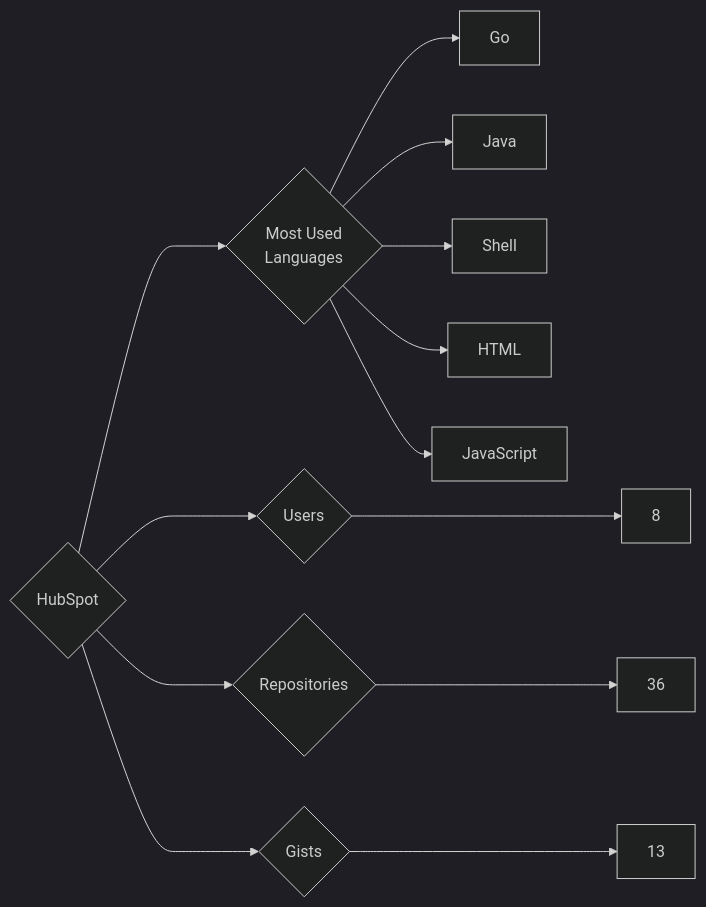
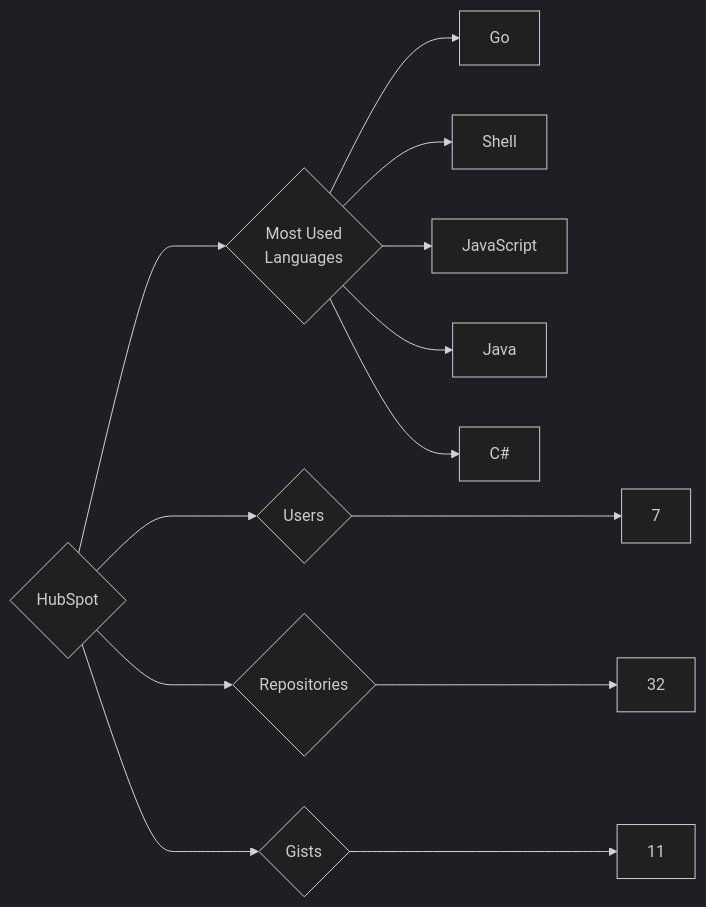
One commit to trickest/insiders changed the diagram in targets/HubSpot/README.md. Above: the diagram before and after it, drawn with Mermaid (dark theme). The commit also changed 880 other files, not shown here.

````diff
--- a/targets/HubSpot/README.md
+++ b/targets/HubSpot/README.md
@@ -3,13 +3,13 @@
 ```mermaid
 graph LR
 COMPANY_NAME{HubSpot}
-COMPANY_NAME ---> U{Users} ---> UN[8]
-COMPANY_NAME ---> R{Repositories} ---> RN[36]
-COMPANY_NAME ---> G{Gists} ---> GN[13]
+COMPANY_NAME ---> U{Users} ---> UN[7]
+COMPANY_NAME ---> R{Repositories} ---> RN[32]
+COMPANY_NAME ---> G{Gists} ---> GN[11]
 COMPANY_NAME ---> ML{Most Used<br>Languages}
 ML --> Go[Go]
+ML --> Shell[Shell]
+ML --> JavaScript[JavaScript]
 ML --> Java[Java]
-ML --> Shell[Shell]
-ML --> HTML[HTML]
-ML --> JavaScript[JavaScript]
+ML --> C#[C#]
 ```
````
